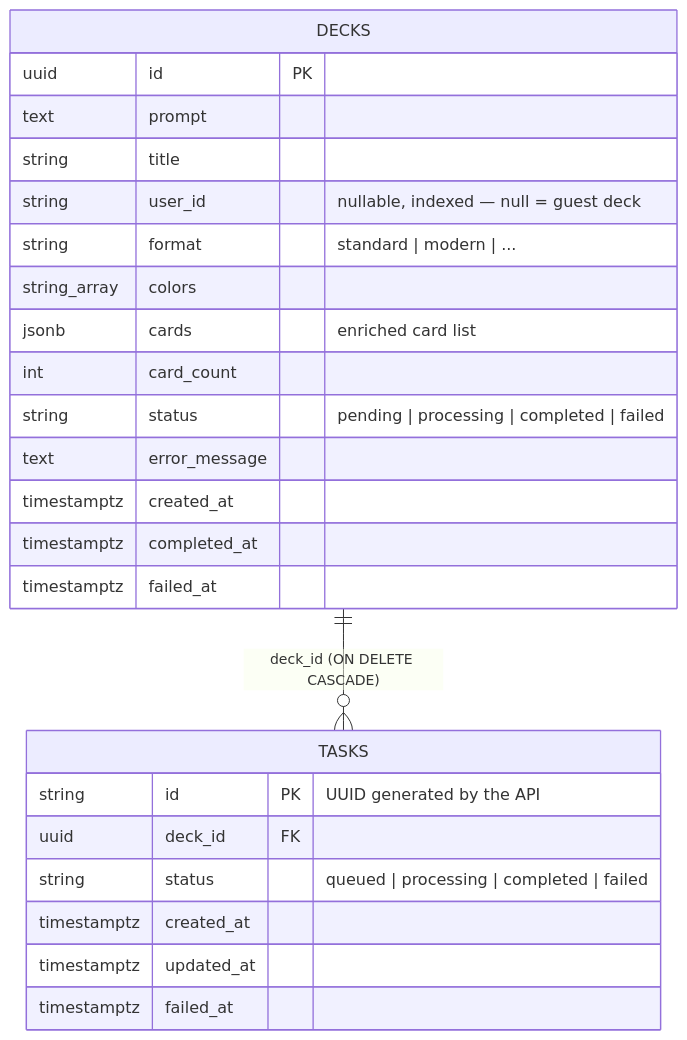
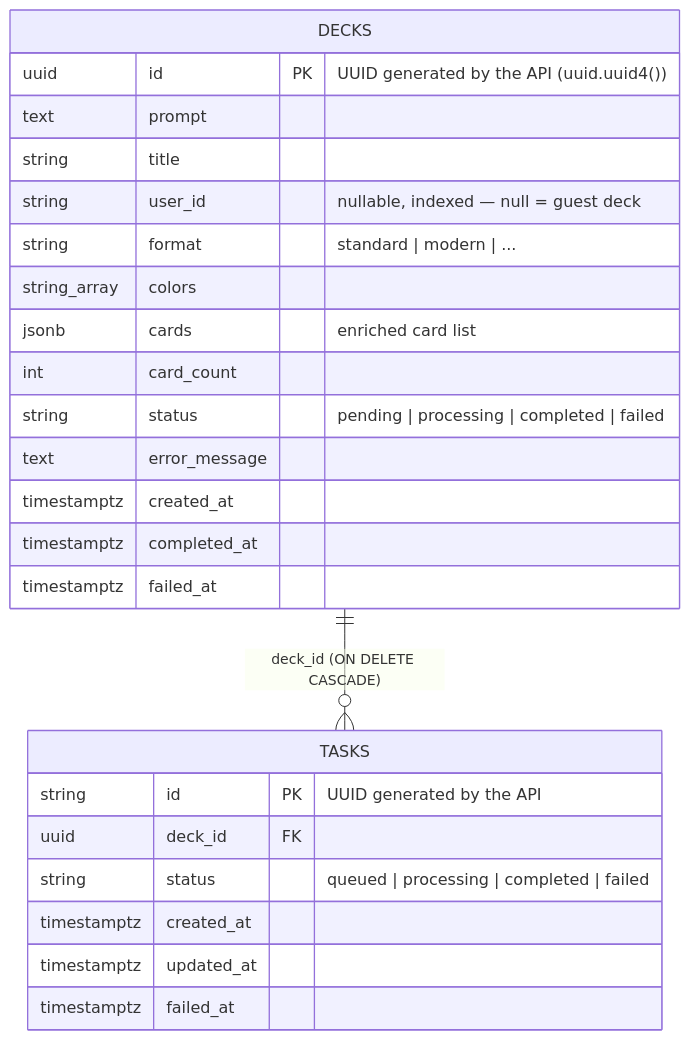
Before and after one commit to RobertGleison/magic-grimoire: the fifth of 5 diagrams in apps/api-server/README.md, drawn with Mermaid. The commit also changed other lines of this file, not shown here.

````diff
--- a/apps/api-server/README.md
+++ b/apps/api-server/README.md
@@ -297,27 +423,27 @@
 ```mermaid
 erDiagram
     DECKS ||--o{ TASKS : "deck_id (ON DELETE CASCADE)"
     DECKS {
-        uuid id PK
+        uuid id PK "UUID generated by the API (uuid.uuid4())"
         text prompt
         string title
         string user_id "nullable, indexed — null = guest deck"
         string format "standard | modern | ..."
         string_array colors
         jsonb cards "enriched card list"
         int card_count
         string status "pending | processing | completed | failed"
         text error_message
         timestamptz created_at
         timestamptz completed_at
         timestamptz failed_at
     }
     TASKS {
         string id PK "UUID generated by the API"
         uuid deck_id FK
         string status "queued | processing | completed | failed"
         timestamptz created_at
         timestamptz updated_at
         timestamptz failed_at
     }
 ```
````
